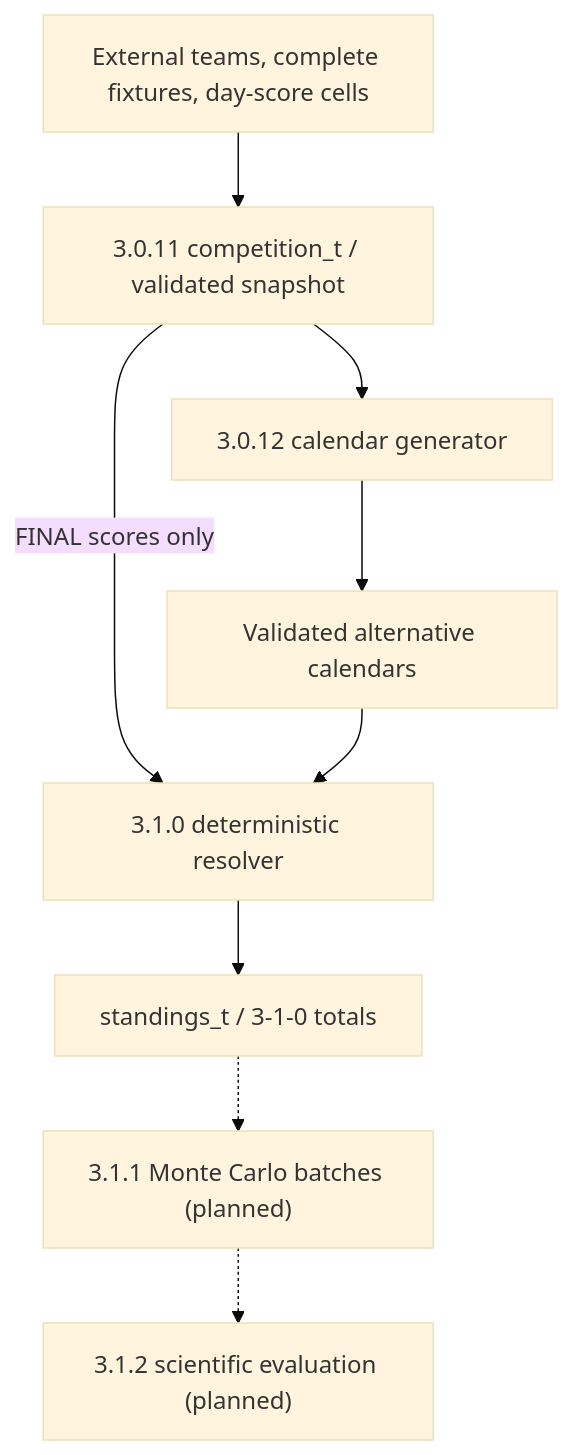
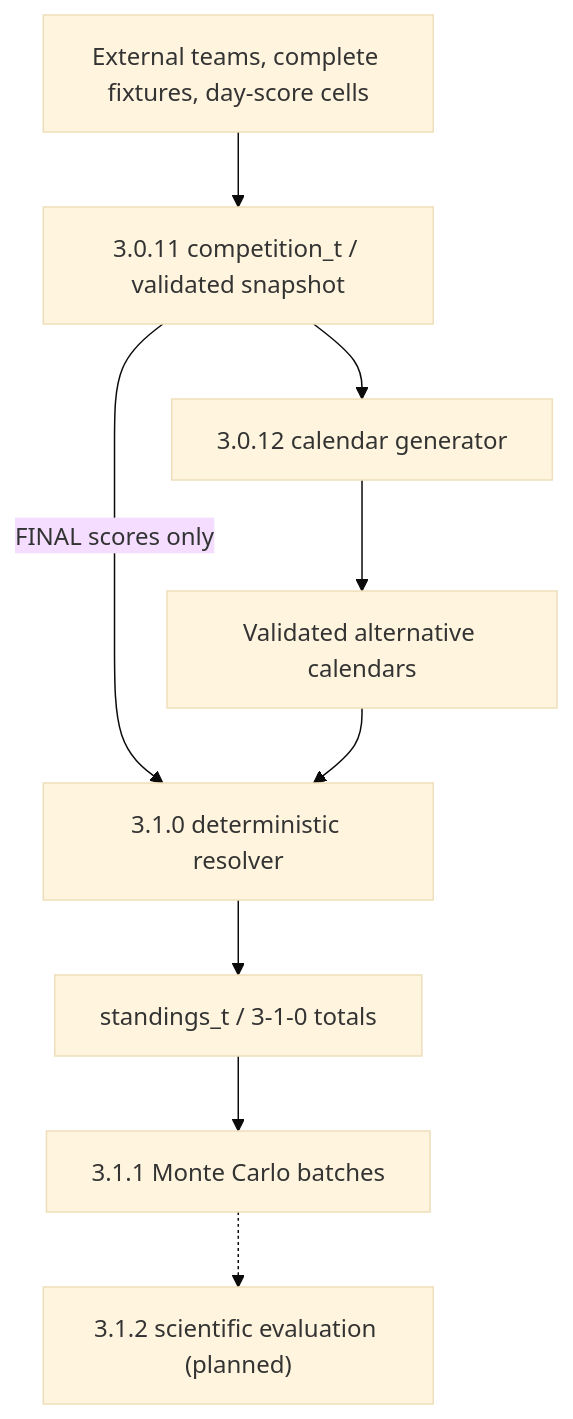
One commit to AlessVolpe/CentralRankingDogma changed the diagram in docs/architecture/data-flow.md. Above: the diagram before and after it, drawn with Mermaid (base theme). The commit also changed other lines of this file and 27 other files, not shown here.

Commit message:
feat(simulation): implement Monte Carlo engine and reproducible calendar experiments (#19)

````diff
--- a/docs/architecture/data-flow.md
+++ b/docs/architecture/data-flow.md
@@ -3,11 +3,11 @@
 ```mermaid
 flowchart TD
     INPUT["External teams, complete fixtures, day-score cells"] --> SNAP["3.0.11 competition_t / validated snapshot"]
     SNAP --> GENERATOR["3.0.12 calendar generator"]
     GENERATOR --> VALID["Validated alternative calendars"]
     SNAP -->|FINAL scores only| RESOLVE["3.1.0 deterministic resolver"]
     VALID --> RESOLVE
     RESOLVE --> STAND["standings_t / 3-1-0 totals"]
-    STAND -.-> MONTE["3.1.1 Monte Carlo batches (planned)"]
+    STAND --> MONTE["3.1.1 Monte Carlo batches"]
     MONTE -.-> EVAL["3.1.2 scientific evaluation (planned)"]
 ```
````
